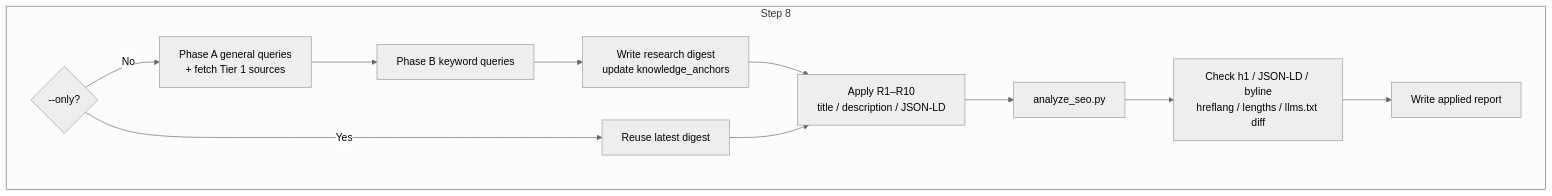
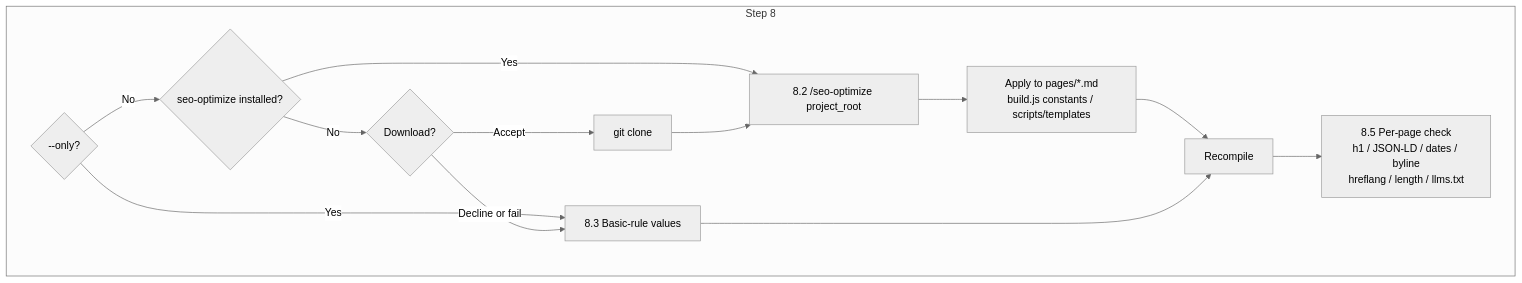
The seventh of 9 diagrams in doc/architecture.md (agenvoy/skill-wiki-generate), drawn with Mermaid (neutral theme) before and after one commit. The commit also changed other lines of this file and 13 other files, not shown here.

Commit message:
breaking: Delegate SEO to /seo-optimize and remove built-in SEO scripts

````diff
--- a/doc/architecture.md
+++ b/doc/architecture.md
@@ -114,14 +137,15 @@
 ```mermaid
 graph TB
     subgraph SEO[Step 8]
-        E1{--only?} -->|No| E2[Phase A general queries<br/>+ fetch Tier 1 sources]
-        E2 --> E3[Phase B keyword queries]
-        E3 --> E4[Write research digest<br/>update knowledge_anchors]
-        E1 -->|Yes| E5[Reuse latest digest]
-        E4 --> E6[Apply R1–R10<br/>title / description / JSON-LD]
-        E5 --> E6
-        E6 --> E7[analyze_seo.py]
-        E7 --> E8[Check h1 / JSON-LD / byline<br/>hreflang / lengths / llms.txt diff]
-        E8 --> E9[Write applied report]
+        E0{--only?} -->|Yes| E5[8.3 Basic-rule values]
+        E0 -->|No| E1{seo-optimize installed?}
+        E1 -->|Yes| E2["8.2 /seo-optimize project_root"]
+        E1 -->|No| E3{Download?}
+        E3 -->|Accept| E4[git clone] --> E2
+        E3 -->|Decline or fail| E5
+        E2 --> E6[Apply to pages/*.md<br/>build.js constants / scripts/templates]
+        E6 --> E7[Recompile]
+        E5 --> E7
+        E7 --> E8[8.5 Per-page check<br/>h1 / JSON-LD / dates / byline<br/>hreflang / length / llms.txt]
     end
 ```
````
